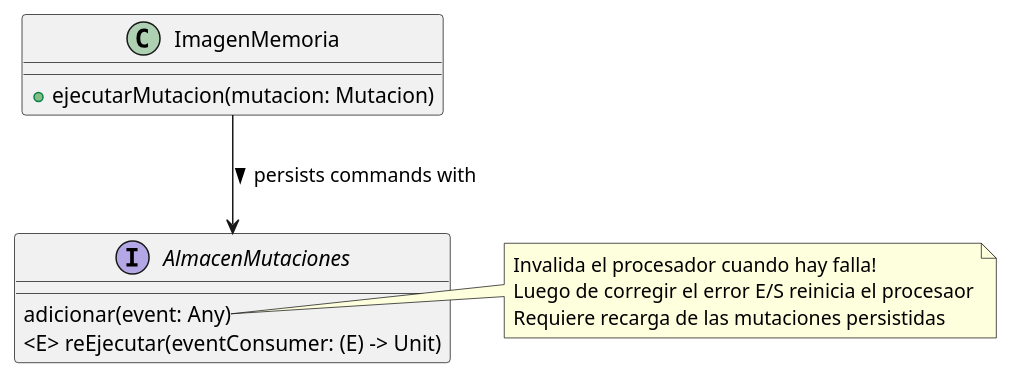
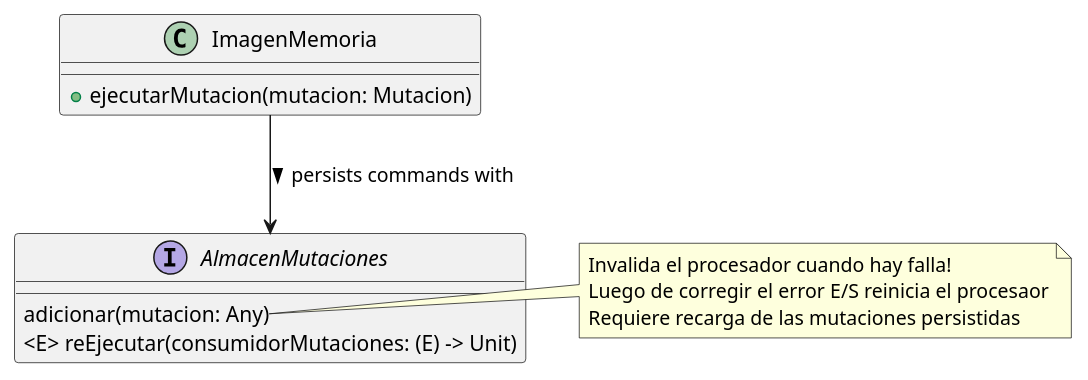
One commit to xrrocha/jvm-funcional changed the diagram in kotlin/docs/kmemimg-4.puml. Above: the diagram before and after it, drawn with PlantUML. The commit also changed 3 other files, not shown here.

```diff
--- a/kotlin/docs/kmemimg-4.puml
+++ b/kotlin/docs/kmemimg-4.puml
@@ -1,22 +1,22 @@
 @startuml
 skinparam class {
     BackgroundColor<<Dominio>> Wheat
     BorderColor<<Dominio>> Tomato
 }
 
 class ImagenMemoria {
     + ejecutarMutacion(mutacion: Mutacion)
 }
 
 interface AlmacenMutaciones {
-    adicionar(event: Any)
-    <E> reEjecutar(eventConsumer: (E) -> Unit)
+    adicionar(mutacion: Any)
+    <E> reEjecutar(consumidorMutaciones: (E) -> Unit)
 }
 ImagenMemoria --> AlmacenMutaciones: persists commands with >
-note right of AlmacenMutaciones::"adicionar(event: Any)"
+note right of AlmacenMutaciones::"adicionar(mutacion: Any)"
     Invalida el procesador cuando hay falla!
     Luego de corregir el error E/S reinicia el procesaor
     Requiere recarga de las mutaciones persistidas
 end note
 
 @enduml
```
